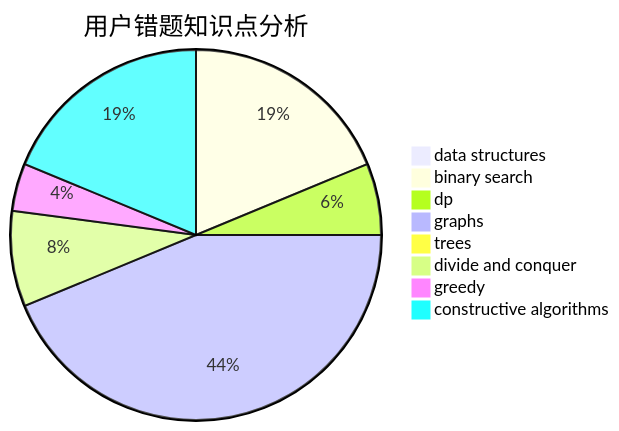
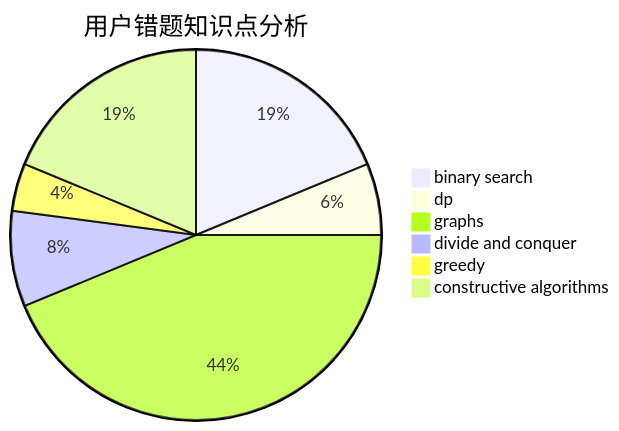
One commit to sherpahu/cfrs.github.io changed the third of 3 diagrams in docs/user/u1307.md. Above: the diagram before and after it, drawn with Mermaid. The commit also changed other lines of this file and 2770 other files, not shown here.

````diff
--- a/docs/user/u1307.md
+++ b/docs/user/u1307.md
@@ -31,11 +26,9 @@
 ```mermaid
 pie title 用户错题知识点分析
-    "data structures" :  0
     "binary search" :  9
     "dp" :  3
     "graphs" :  21
-    "trees" :  0
     "divide and conquer" :  4
     "greedy" :  2
     "constructive algorithms" :  9
 ```
````
